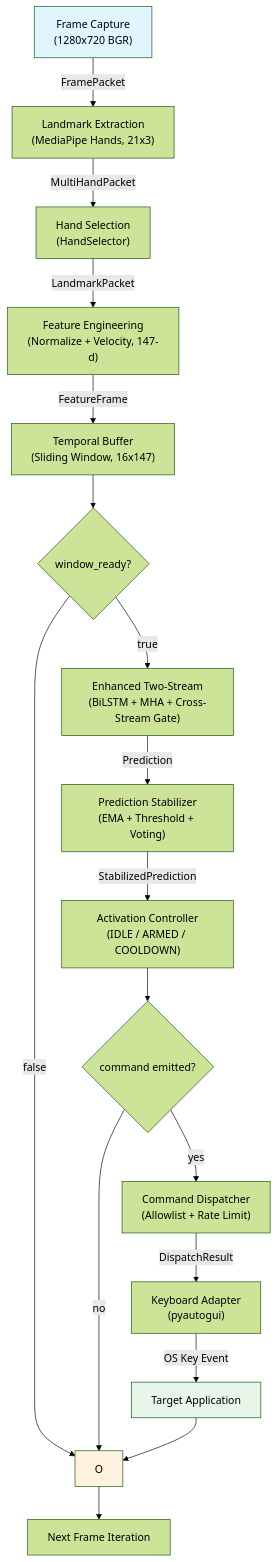
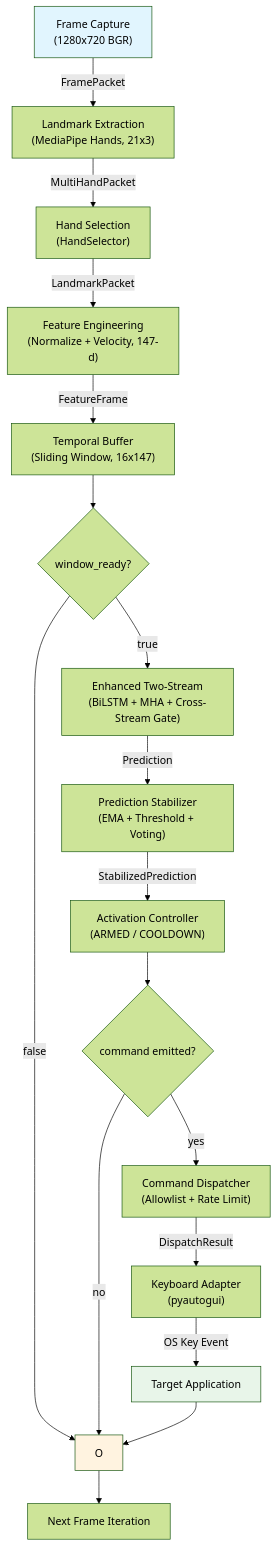
The first of 2 diagrams in docs/architecture/data-flow.md (ntsrigaud/Maestro), drawn with Mermaid (forest theme) before and after one commit. The commit also changed other lines of this file and 3 other files, not shown here.

Commit message:
docs: update architectural documentations for IDLE state removal

````diff
--- a/docs/architecture/data-flow.md
+++ b/docs/architecture/data-flow.md
@@ -9,23 +9,23 @@
 ```mermaid
 graph TD
     A["Frame Capture<br/>(1280x720 BGR)"] -->|FramePacket| C["Landmark Extraction<br/>(MediaPipe Hands, 21x3)"]
     C -->|MultiHandPacket| Cs["Hand Selection<br/>(HandSelector)"]
     Cs -->|LandmarkPacket| D["Feature Engineering<br/>(Normalize + Velocity, 147-d)"]
     D -->|FeatureFrame| E["Temporal Buffer<br/>(Sliding Window, 16x147)"]
     E --> Wr{"window_ready?"}
     Wr -->|false| O
     Wr -->|true| F["Enhanced Two-Stream<br/>(BiLSTM + MHA + Cross-Stream Gate)"]
     F -->|Prediction| G["Prediction Stabilizer<br/>(EMA + Threshold + Voting)"]
-    G -->|StabilizedPrediction| H["Activation Controller<br/>(IDLE / ARMED / COOLDOWN)"]
+    G -->|StabilizedPrediction| H["Activation Controller<br/>(ARMED / COOLDOWN)"]
     H --> Cm{"command emitted?"}
     Cm -->|no| O
     Cm -->|yes| I["Command Dispatcher<br/>(Allowlist + Rate Limit)"]
     I -->|DispatchResult| J["Keyboard Adapter<br/>(pyautogui)"]
     J -->|OS Key Event| K["Target Application"]
     K --> O
     O --> N["Next Frame Iteration"]
 
     style A fill:#e1f5fe
     style K fill:#e8f5e9
     style O fill:#fff3e0
 ```
````
